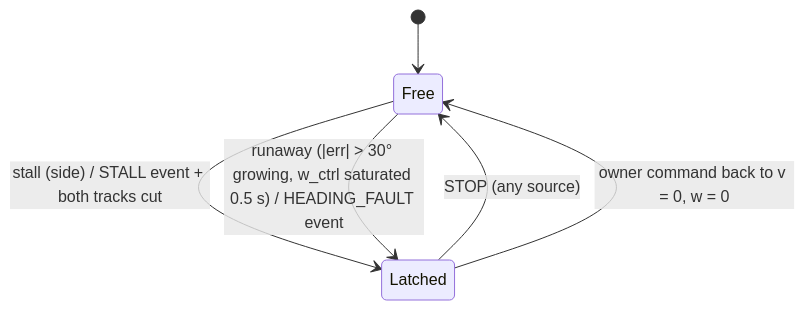
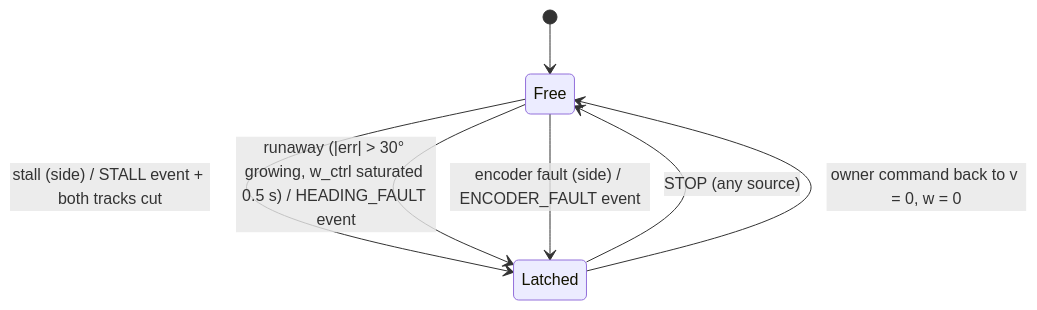
One commit to mannuray/conqueror changed the tenth of 11 diagrams in docs/lld/uno-lite-lld.md. Above: the diagram before and after it, drawn with Mermaid. The commit also changed other lines of this file, not shown here.

Commit message:
docs(lld): Uno Lite §19 - an encoder fault also latches; max_cps constant in phase 1

````diff
--- a/docs/lld/uno-lite-lld.md
+++ b/docs/lld/uno-lite-lld.md
@@ -368,8 +368,9 @@
 ```mermaid
 stateDiagram-v2
   [*] --> Free
   Free --> Latched: stall (side) / STALL event + both tracks cut
   Free --> Latched: runaway (|err| > 30° growing, w_ctrl saturated 0.5 s) / HEADING_FAULT event
+  Free --> Latched: encoder fault (side) / ENCODER_FAULT event
   Latched --> Free: STOP (any source)
   Latched --> Free: owner command back to v = 0, w = 0
 ```
````
